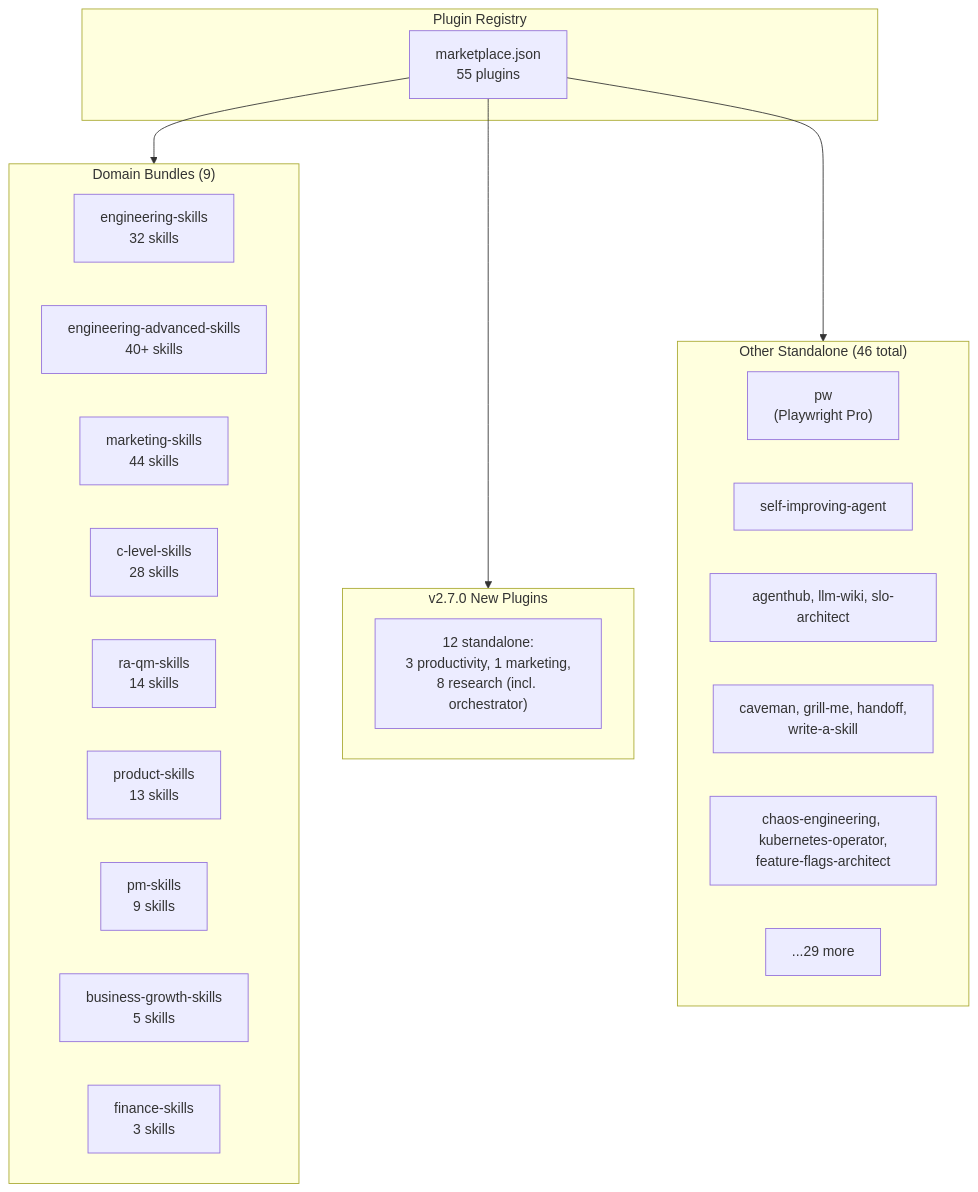
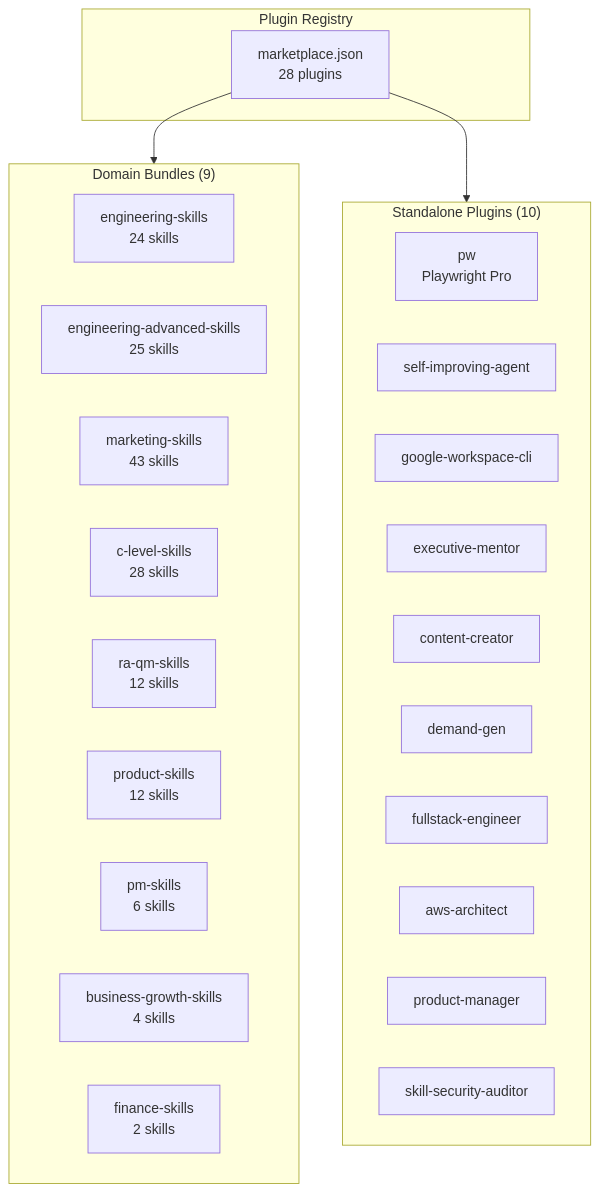
Before and after one commit to Lordhammer11/hammer-core-os: the diagram in claude-skills/docs/plugins/index.md, drawn with Mermaid. The commit also changed other lines of this file and 2532 other files, not shown here.

````diff
--- a/claude-skills/docs/plugins/index.md
+++ b/claude-skills/docs/plugins/index.md
@@ -91,35 +90,34 @@
 ```mermaid
 graph TB
     subgraph Registry["Plugin Registry"]
-        MP["marketplace.json<br/>55 plugins"]
+        MP["marketplace.json<br/>28 plugins"]
     end
 
     subgraph Bundles["Domain Bundles (9)"]
-        B1["engineering-skills<br/>32 skills"]
-        B2["engineering-advanced-skills<br/>40+ skills"]
-        B3["marketing-skills<br/>44 skills"]
+        B1["engineering-skills<br/>24 skills"]
+        B2["engineering-advanced-skills<br/>25 skills"]
+        B3["marketing-skills<br/>43 skills"]
         B4["c-level-skills<br/>28 skills"]
-        B5["ra-qm-skills<br/>14 skills"]
-        B6["product-skills<br/>13 skills"]
-        B7["pm-skills<br/>9 skills"]
-        B8["business-growth-skills<br/>5 skills"]
-        B9["finance-skills<br/>3 skills"]
+        B5["ra-qm-skills<br/>12 skills"]
+        B6["product-skills<br/>12 skills"]
+        B7["pm-skills<br/>6 skills"]
+        B8["business-growth-skills<br/>4 skills"]
+        B9["finance-skills<br/>2 skills"]
     end
 
-    subgraph V270["v2.7.0 New Plugins"]
-        V1["12 standalone:<br/>3 productivity, 1 marketing,<br/>8 research (incl. orchestrator)"]
-    end
-
-    subgraph Standalone["Other Standalone (46 total)"]
-        S1["pw<br/>(Playwright Pro)"]
+    subgraph Standalone["Standalone Plugins (10)"]
+        S1["pw<br/>Playwright Pro"]
         S2["self-improving-agent"]
-        S3["agenthub, llm-wiki, slo-architect"]
-        S4["caveman, grill-me, handoff,<br/>write-a-skill"]
-        S5["chaos-engineering, kubernetes-operator,<br/>feature-flags-architect"]
-        S6["...29 more"]
+        S3["google-workspace-cli"]
+        S4["executive-mentor"]
+        S5["content-creator"]
+        S6["demand-gen"]
+        S7["fullstack-engineer"]
+        S8["aws-architect"]
+        S9["product-manager"]
+        S10["skill-security-auditor"]
     end
 
     MP --> Bundles
-    MP --> V270
     MP --> Standalone
 ```
````
